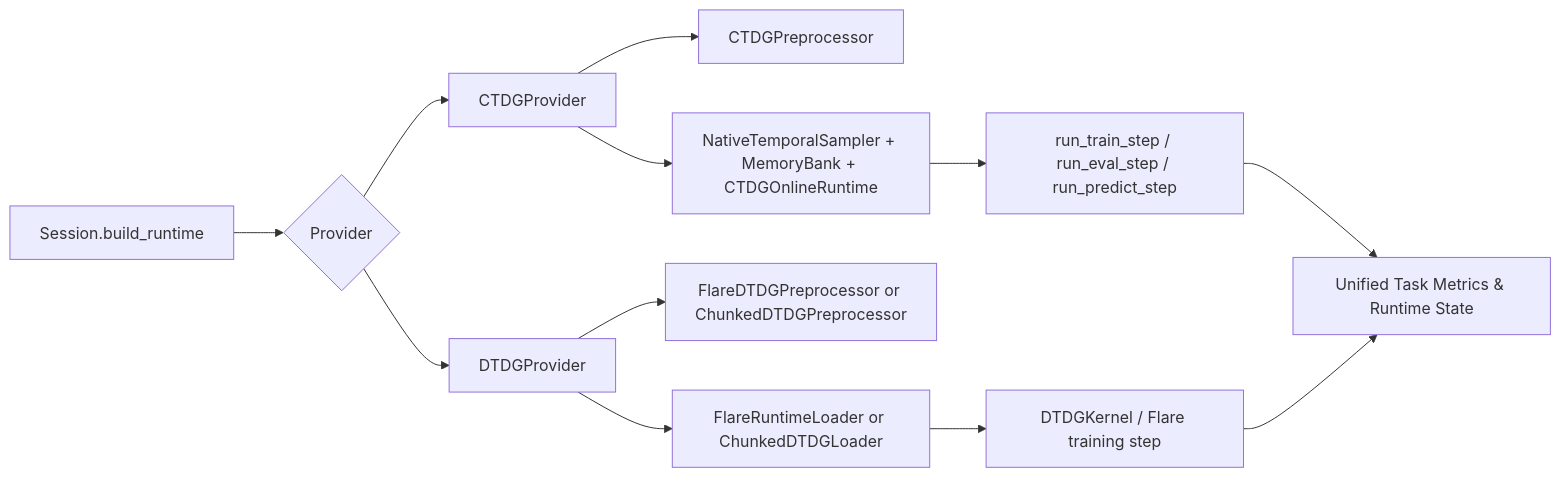
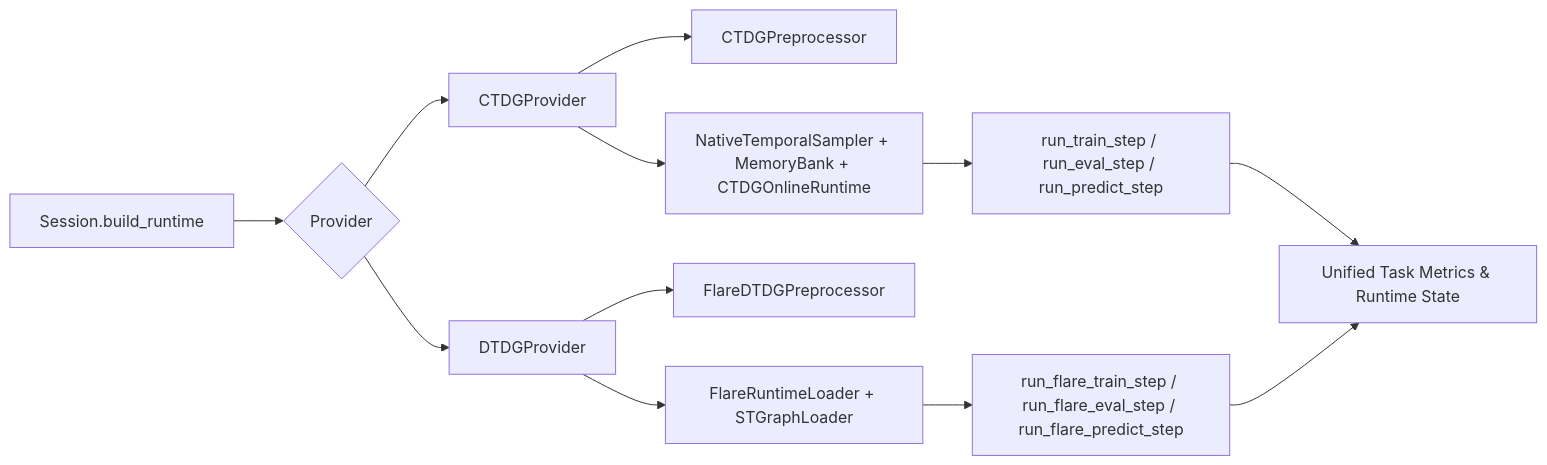
The second of 5 diagrams in docs/project_architecture.zh-CN.md (zhljJoan/starrygl-unidynGraph), drawn with Mermaid before and after one commit. The commit also changed other lines of this file and 384 other files, not shown here.

````diff
--- a/docs/project_architecture.zh-CN.md
+++ b/docs/project_architecture.zh-CN.md
@@ -48,17 +48,17 @@
 ```mermaid
 flowchart LR
     A[Session.build_runtime] --> B{Provider}
     B --> C[CTDGProvider]
     B --> D[DTDGProvider]
 
     C --> C1[CTDGPreprocessor]
     C --> C2[NativeTemporalSampler + MemoryBank + CTDGOnlineRuntime]
     C2 --> C3[run_train_step / run_eval_step / run_predict_step]
 
-    D --> D1[FlareDTDGPreprocessor or ChunkedDTDGPreprocessor]
-    D --> D2[FlareRuntimeLoader or ChunkedDTDGLoader]
-    D2 --> D3[DTDGKernel / Flare training step]
+    D --> D1[FlareDTDGPreprocessor]
+    D --> D2[FlareRuntimeLoader + STGraphLoader]
+    D2 --> D3[run_flare_train_step / run_flare_eval_step / run_flare_predict_step]
 
     C3 --> E[Unified Task Metrics & Runtime State]
     D3 --> E
 ```
````
